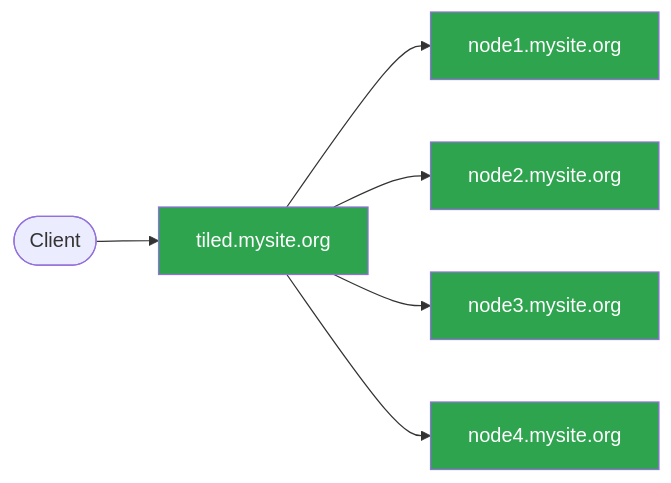
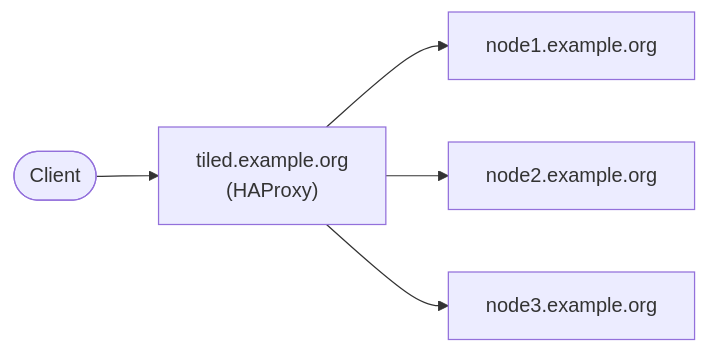
The first of 2 diagrams in docs/source/user-guide/deploy-tiled-multi-node.md (bluesky/tiled), drawn with Mermaid before and after one commit. The commit also changed other lines of this file, not shown here.

First line of the commit message:
docs: Rework multi-node deployment page

````diff
--- a/docs/source/user-guide/deploy-tiled-multi-node.md
+++ b/docs/source/user-guide/deploy-tiled-multi-node.md
@@ -37,13 +43,7 @@
 ```mermaid
 flowchart LR
-    Client([Client]) --> LB[tiled.mysite.org]
-    LB --> T1[node1.mysite.org]
-    LB --> T2[node2.mysite.org]
-    LB --> T3[node3.mysite.org]
-    LB --> T4[node4.mysite.org]
-    style LB fill:#2ea44f,color:#fff
-    style T1 fill:#2ea44f,color:#fff
-    style T2 fill:#2ea44f,color:#fff
-    style T3 fill:#2ea44f,color:#fff
-    style T4 fill:#2ea44f,color:#fff
+    Client([Client]) --> LB["tiled.example.org<br>(HAProxy)"]
+    LB --> N1[node1.example.org]
+    LB --> N2[node2.example.org]
+    LB --> N3[node3.example.org]
 ```
````
